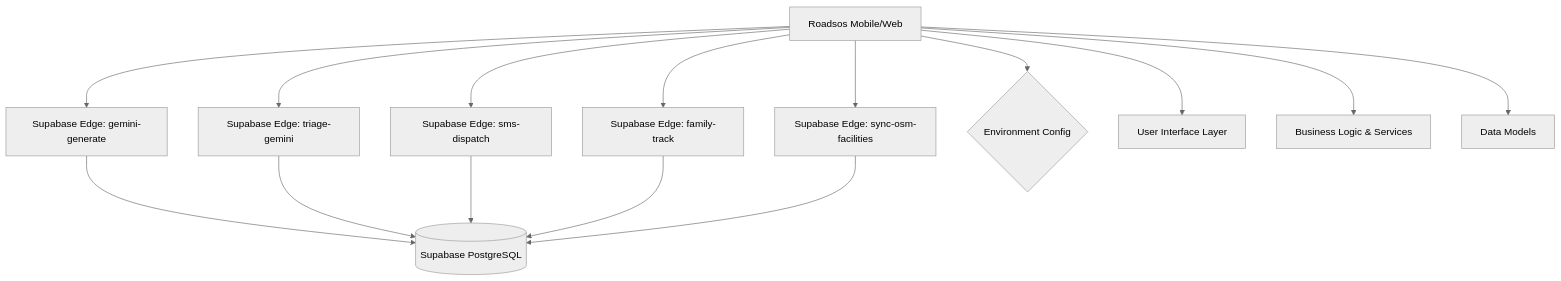
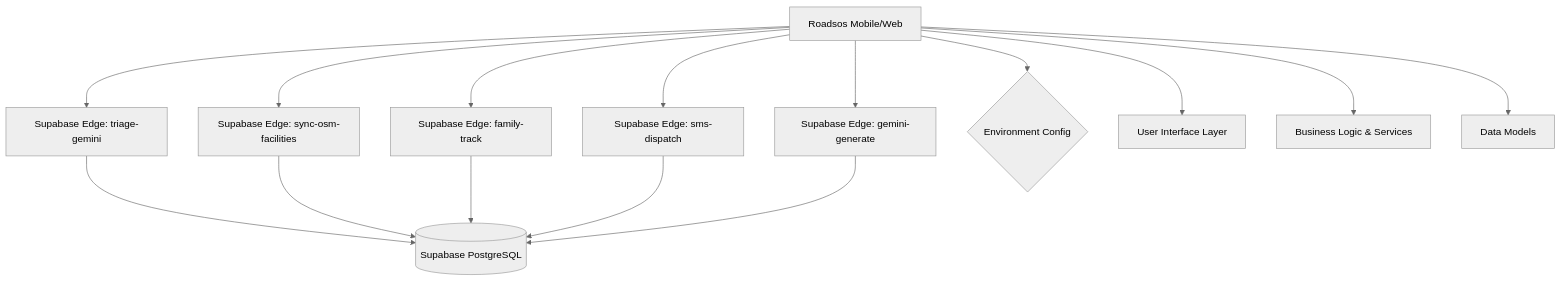
The first of 2 diagrams in docs/architecture/architecture.md (NITISH-R-G/RoadSOS), drawn with Mermaid (neutral theme) before and after one commit. The commit also changed other lines of this file and 2 other files, not shown here.

Commit message:
docs: auto-update architecture, diagrams, and README

````diff
--- a/docs/architecture/architecture.md
+++ b/docs/architecture/architecture.md
@@ -5,18 +5,18 @@
 ```mermaid
 graph TD
     Client[Roadsos Mobile/Web] 
+    Client --> Function_triage_gemini[Supabase Edge: triage-gemini]
+    Function_triage_gemini --> SupabaseDB[(Supabase PostgreSQL)]
+    Client --> Function_sync_osm_facilities[Supabase Edge: sync-osm-facilities]
+    Function_sync_osm_facilities --> SupabaseDB[(Supabase PostgreSQL)]
+    Client --> Function_family_track[Supabase Edge: family-track]
+    Function_family_track --> SupabaseDB[(Supabase PostgreSQL)]
+    Client --> Function_sms_dispatch[Supabase Edge: sms-dispatch]
+    Function_sms_dispatch --> SupabaseDB[(Supabase PostgreSQL)]
     Client --> Function_gemini_generate[Supabase Edge: gemini-generate]
     Function_gemini_generate --> SupabaseDB[(Supabase PostgreSQL)]
-    Client --> Function_triage_gemini[Supabase Edge: triage-gemini]
-    Function_triage_gemini --> SupabaseDB[(Supabase PostgreSQL)]
-    Client --> Function_sms_dispatch[Supabase Edge: sms-dispatch]
-    Function_sms_dispatch --> SupabaseDB[(Supabase PostgreSQL)]
-    Client --> Function_family_track[Supabase Edge: family-track]
-    Function_family_track --> SupabaseDB[(Supabase PostgreSQL)]
-    Client --> Function_sync_osm_facilities[Supabase Edge: sync-osm-facilities]
-    Function_sync_osm_facilities --> SupabaseDB[(Supabase PostgreSQL)]
     Client --> EnvVars{Environment Config}
     Client --> UI[User Interface Layer]
     Client --> Services[Business Logic & Services]
     Client --> Models[Data Models]
 ```
````
